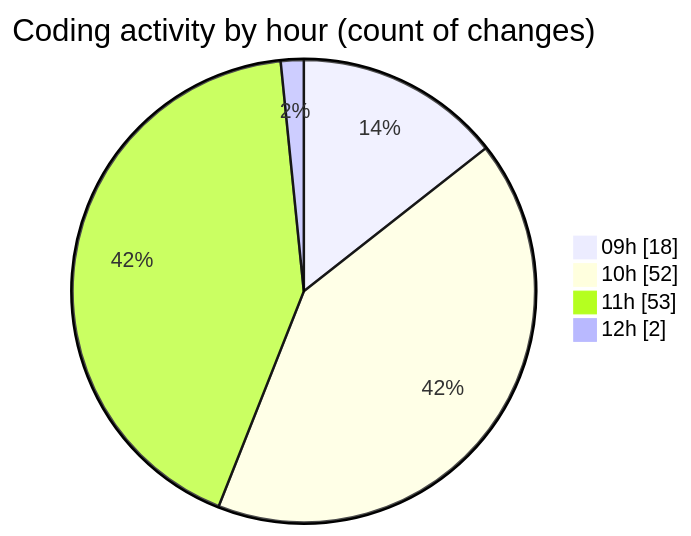
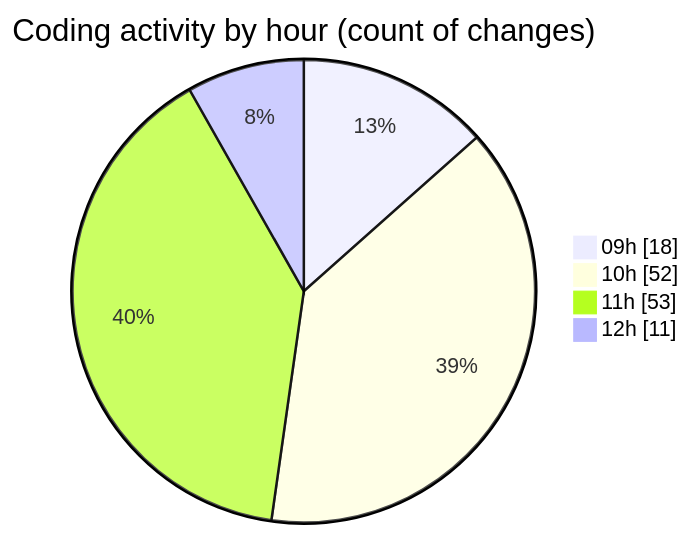
The second of 2 diagrams in 2025-03-21/cda/README.md (momahboobian/code-tracking), drawn with Mermaid before and after one commit. The commit also changed other lines of this file and 1 other file, not shown here.

````diff
--- a/2025-03-21/cda/README.md
+++ b/2025-03-21/cda/README.md
@@ -42,8 +42,8 @@
 ```mermaid
 pie showData
 title Coding activity by hour (count of changes)
 "09h" : 18
 "10h" : 52
 "11h" : 53
-"12h" : 2
+"12h" : 11
 ```
````
